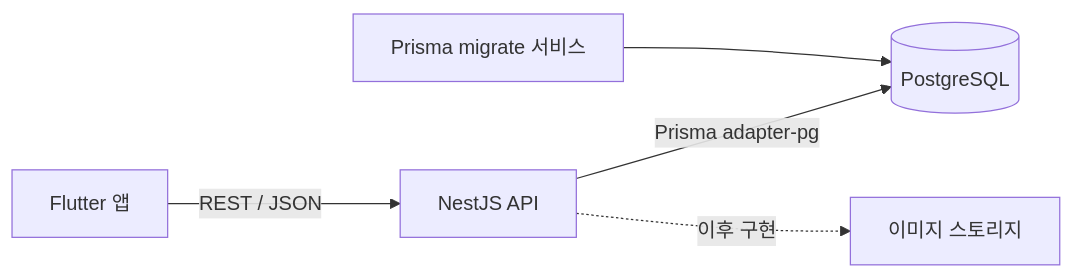
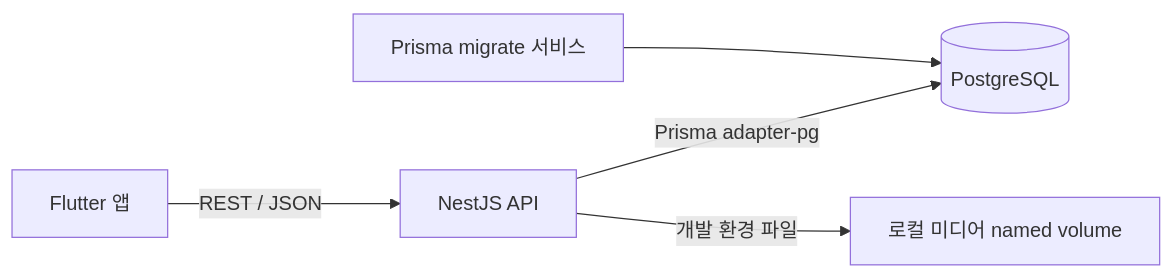
The first of 2 diagrams in server/ARCHITECTURE.md (konga22/Esel), drawn with Mermaid before and after one commit. The commit also changed other lines of this file and 105 other files, not shown here.

````diff
--- a/server/ARCHITECTURE.md
+++ b/server/ARCHITECTURE.md
@@ -40,7 +49,7 @@
 ```mermaid
 flowchart LR
     Flutter[Flutter 앱] -->|REST / JSON| API[NestJS API]
     API -->|Prisma adapter-pg| DB[(PostgreSQL)]
     Migrate[Prisma migrate 서비스] --> DB
-    API -. 이후 구현 .-> Storage[이미지 스토리지]
+    API -->|개발 환경 파일| Storage[로컬 미디어 named volume]
 ```
````
